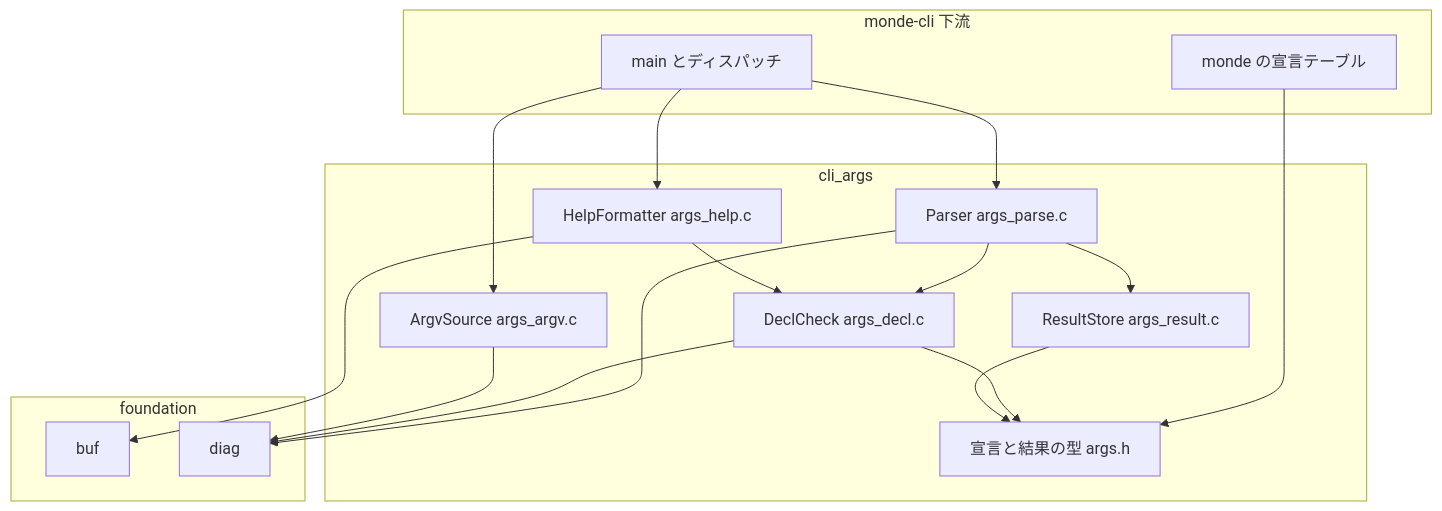
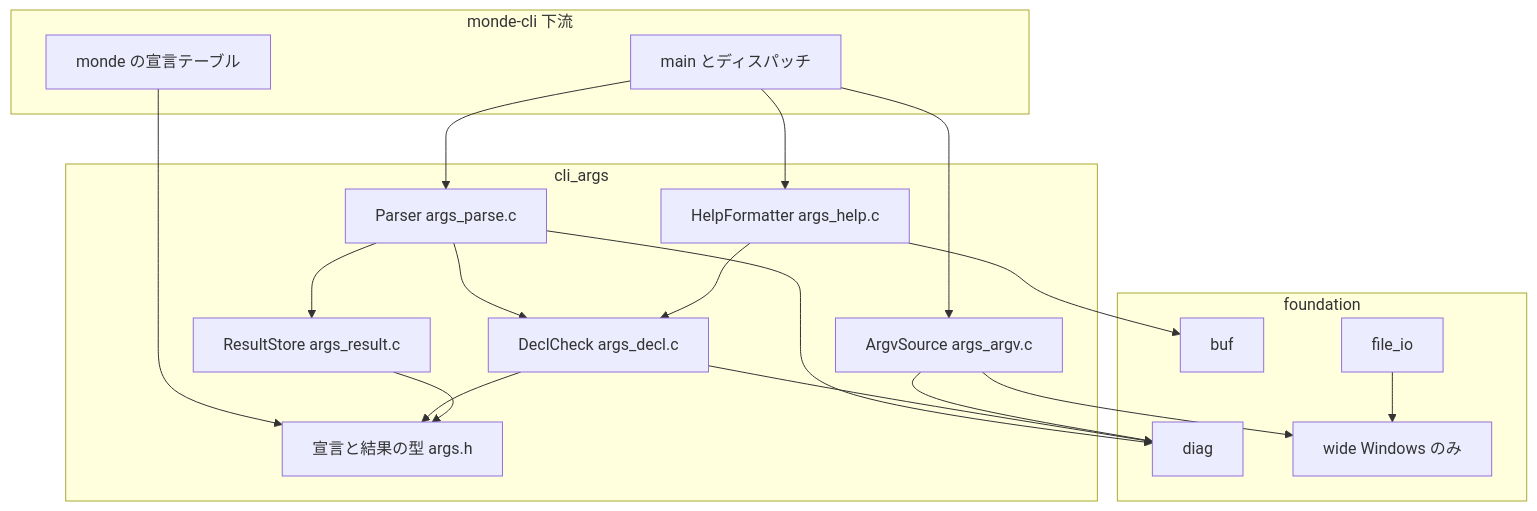
The first of 3 diagrams in .kiro/specs/cli-args/design.md (ktdevx/monde-private), drawn with Mermaid before and after one commit. The commit also changed other lines of this file and 2 other files, not shown here.

First line of the commit message:
spec(cli-args): move UTF-16/UTF-8 conversion into a foundation wide component

````diff
--- a/.kiro/specs/cli-args/design.md
+++ b/.kiro/specs/cli-args/design.md
@@ -60,32 +63,36 @@
 ```mermaid
 graph TB
     subgraph monde_cli[monde-cli 下流]
         Main[main とディスパッチ]
         Decl[monde の宣言テーブル]
     end
     subgraph cli_args[cli_args]
         Argv[ArgvSource args_argv.c]
         Parser[Parser args_parse.c]
         Check[DeclCheck args_decl.c]
         Result[ResultStore args_result.c]
         Help[HelpFormatter args_help.c]
         Types[宣言と結果の型 args.h]
     end
     subgraph foundation[foundation]
         Buf[buf]
         Diag[diag]
+        Wide[wide Windows のみ]
+        FileIo[file_io]
     end
     Main --> Argv
     Main --> Parser
     Main --> Help
     Decl --> Types
     Parser --> Check
     Parser --> Result
     Help --> Check
     Check --> Types
     Result --> Types
     Parser --> Diag
     Check --> Diag
     Argv --> Diag
+    Argv --> Wide
+    FileIo --> Wide
     Help --> Buf
 ```
````
